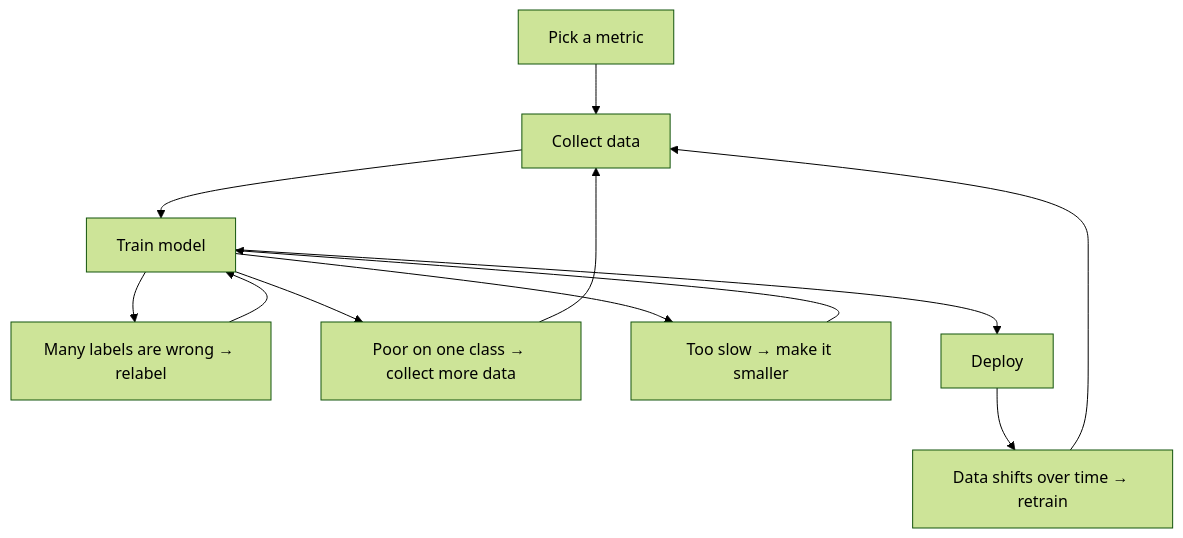
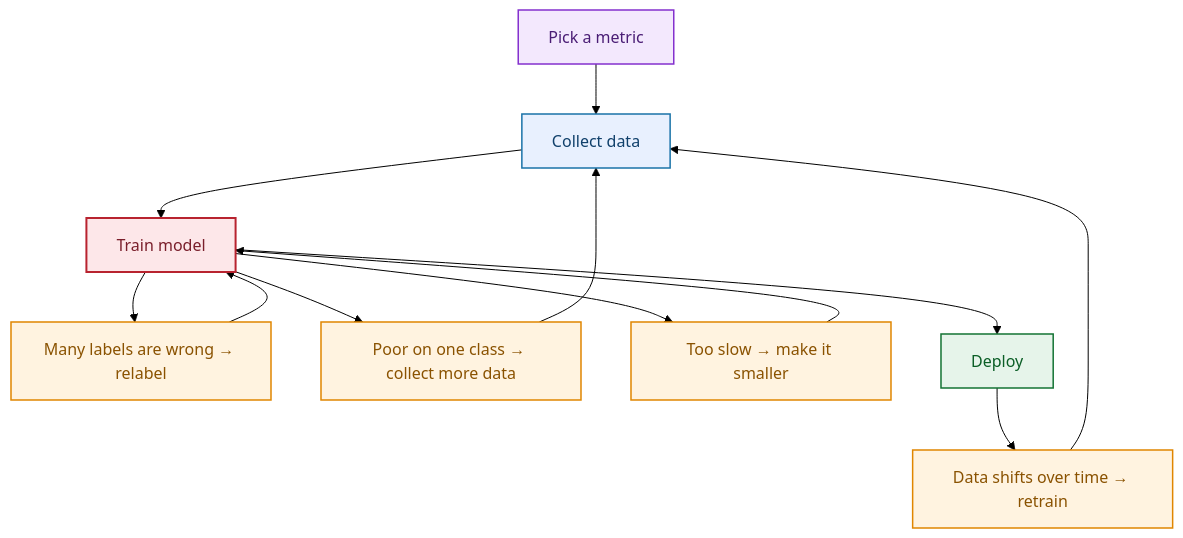
One commit to kasemsit/261405 changed the diagram in slides/diagrams/diag08.mmd. Above: the diagram before and after it, drawn with Mermaid (forest theme). The commit also changed 45 other files, not shown here.

Commit message:
Add 5 topics (metrics, recsys, unsupervised, fine-tuning, PDPA/injection/interpretability), detailed RAG/agentic diagrams, course landing page

```diff
--- a/slides/diagrams/diag08.mmd
+++ b/slides/diagrams/diag08.mmd
@@ -1,12 +1,24 @@
 flowchart TD
   M[Pick a metric] --> C[Collect data]
   C --> T[Train model]
   T --> R1[Many labels are wrong → relabel]
   R1 --> T
   T --> R2[Poor on one class → collect more data]
   R2 --> C
   T --> R3[Too slow → make it smaller]
   R3 --> T
   T --> D[Deploy]
   D --> R4[Data shifts over time → retrain]
   R4 --> C
+
+  classDef inp   fill:#e8f0fe,stroke:#1a73a8,color:#10406b,stroke-width:1.5px;
+  classDef proc  fill:#f3e8fd,stroke:#8430ce,color:#4a1d75,stroke-width:1.5px;
+  classDef model fill:#fde7e9,stroke:#b8232f,color:#7a1f2b,stroke-width:2px;
+  classDef good  fill:#e6f4ea,stroke:#137333,color:#0b5e26,stroke-width:1.5px;
+  classDef warn  fill:#fff3e0,stroke:#e08600,color:#8a5200,stroke-width:1.5px;
+  classDef store fill:#eceff1,stroke:#5f7d8c,color:#324a54,stroke-width:1.5px;
+  class M proc;
+  class C inp;
+  class T model;
+  class R1,R2,R3,R4 warn;
+  class D good;
```
